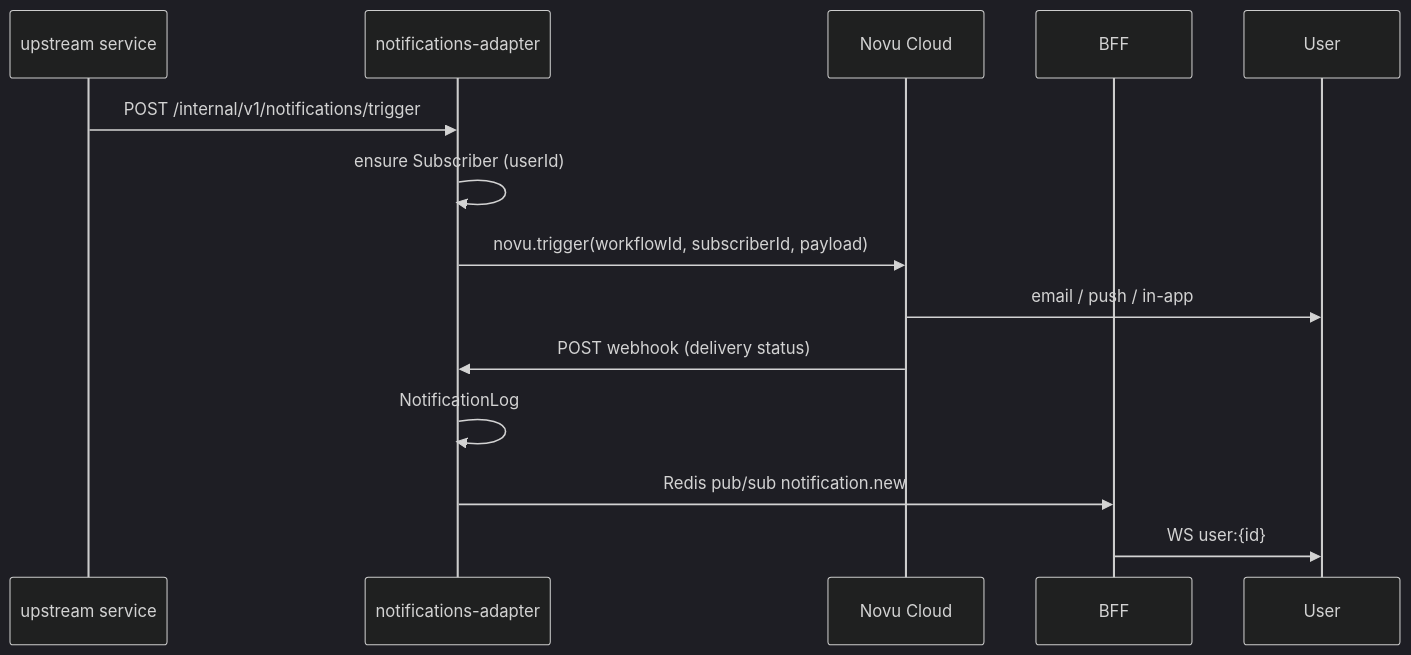
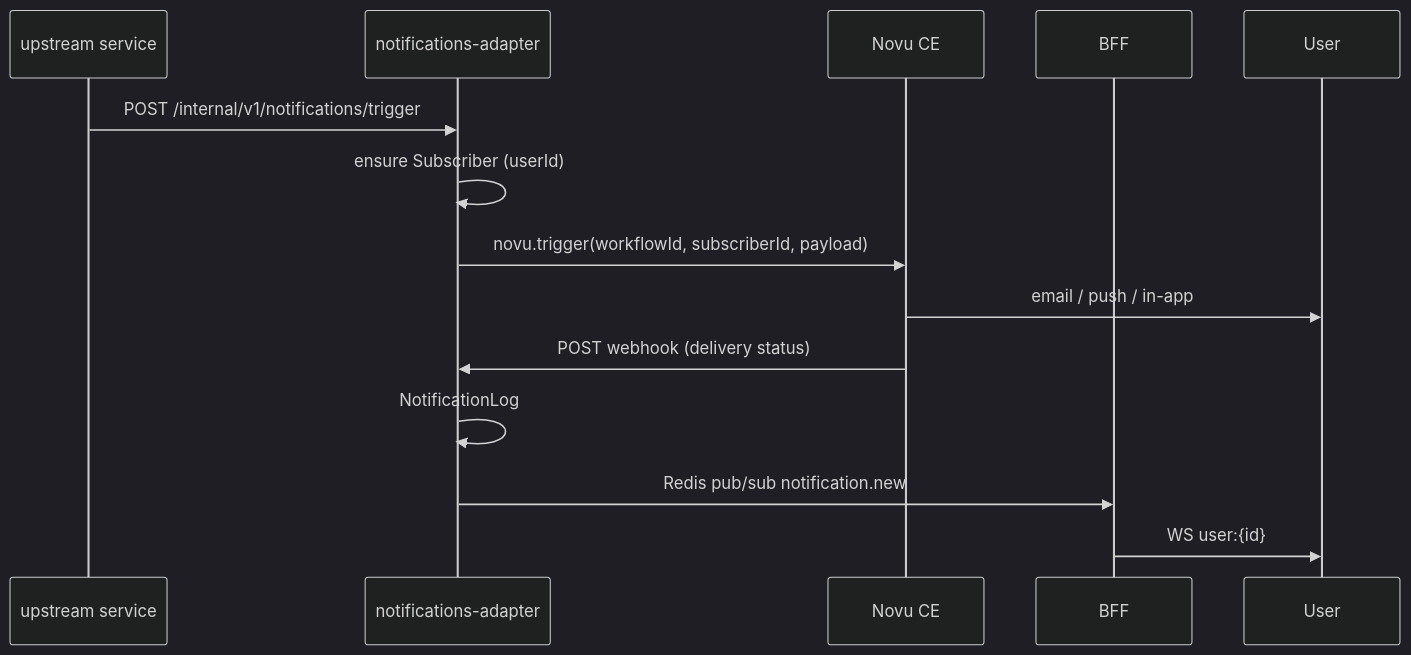
One commit to andrewb76/tavrida changed the diagram in docs/03-architecture/notifications-analysis.md. Above: the diagram before and after it, drawn with Mermaid (dark theme). The commit also changed other lines of this file and 16 other files, not shown here.

````diff
--- a/docs/03-architecture/notifications-analysis.md
+++ b/docs/03-architecture/notifications-analysis.md
@@ -38,17 +39,17 @@
 ```mermaid
 sequenceDiagram
     participant S as upstream service
     participant A as notifications-adapter
-    participant Novu as Novu Cloud
+    participant Novu as Novu CE
     participant BFF as BFF
     participant U as User
 
     S->>A: POST /internal/v1/notifications/trigger
     A->>A: ensure Subscriber (userId)
     A->>Novu: novu.trigger(workflowId, subscriberId, payload)
     Novu->>U: email / push / in-app
     Novu->>A: POST webhook (delivery status)
     A->>A: NotificationLog
     A->>BFF: Redis pub/sub notification.new
     BFF->>U: WS user:{id}
 ```
````
